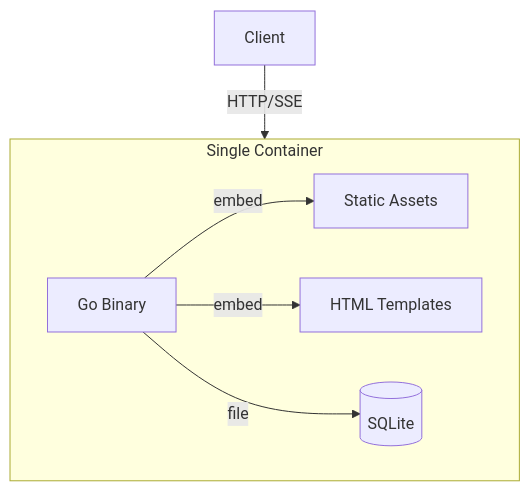
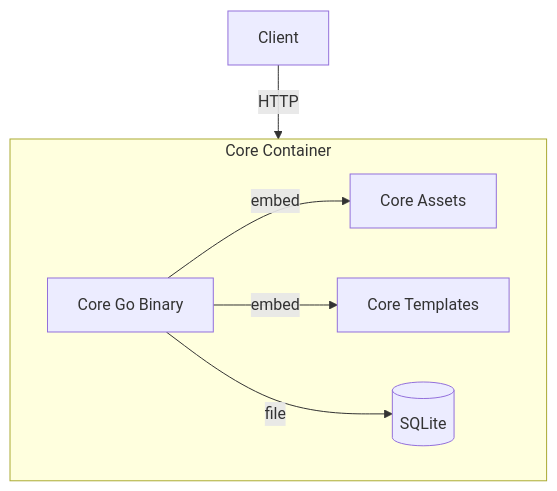
The third of 3 diagrams in specs/architecture-overview.md (sunwolfengineering/nyla-core), drawn with Mermaid before and after one commit. The commit also changed other lines of this file and 14 other files, not shown here.

````diff
--- a/specs/architecture-overview.md
+++ b/specs/architecture-overview.md
@@ -44,9 +56,9 @@
 ```mermaid
 graph TD
-    subgraph Container[Single Container]
-        API[Go Binary] -->|embed| Static[Static Assets]
-        API -->|embed| Templates[HTML Templates]
-        API -->|file| DB[(SQLite)]
+    subgraph CoreContainer[Core Container]
+        CoreBinary[Core Go Binary] -->|embed| CoreAssets[Core Assets]
+        CoreBinary -->|embed| CoreTemplates[Core Templates]
+        CoreBinary -->|file| CoreSQLite[(SQLite)]
     end
-    Client -->|HTTP/SSE| Container
+    Client -->|HTTP| CoreContainer
 ```
````
